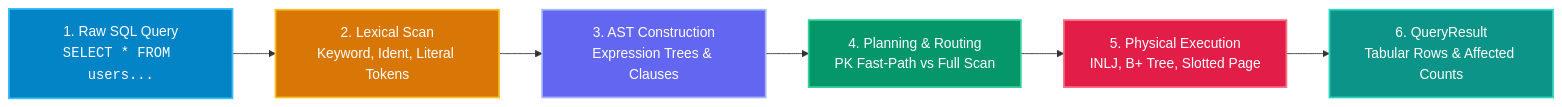
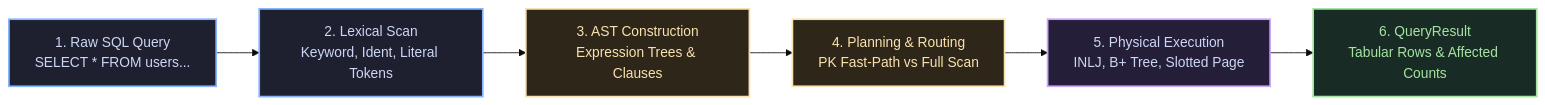
The second of 2 diagrams in docs/concepts/architecture.md (KAAZamapiloT/QUARTZ_DB), drawn with Mermaid before and after one commit. The commit also changed other lines of this file and 18 other files, not shown here.

````diff
--- a/docs/concepts/architecture.md
+++ b/docs/concepts/architecture.md
@@ -79,19 +75,19 @@
 ```mermaid
+%%{init: {'theme': 'base', 'themeVariables': {'edgeLabelBackground': '#1e1e2e', 'tertiaryTextColor': '#cdd6f4'}}}%%
 flowchart LR
-    %% Pipeline Node Styling
-    classDef pInput fill:#0284c7,stroke:#38bdf8,stroke-width:2px,color:#ffffff;
-    classDef pLex fill:#d97706,stroke:#fbbf24,stroke-width:2px,color:#ffffff;
-    classDef pParse fill:#6366f1,stroke:#a5b4fc,stroke-width:2px,color:#ffffff;
-    classDef pPlan fill:#059669,stroke:#34d399,stroke-width:2px,color:#ffffff;
-    classDef pExec fill:#e11d48,stroke:#fb7185,stroke-width:2px,color:#ffffff;
-    classDef pOutput fill:#0d9488,stroke:#2dd4bf,stroke-width:2px,color:#ffffff;
+    classDef entry fill:#1e2030,stroke:#89b4fa,stroke-width:2px,color:#cdd6f4;
+    classDef guard fill:#2e2619,stroke:#f9e2af,stroke-width:2px,color:#f9e2af;
+    classDef success fill:#182c25,stroke:#a6e3a1,stroke-width:2px,color:#a6e3a1;
+    classDef error fill:#331c24,stroke:#f38ba8,stroke-width:2px,color:#f38ba8;
+    classDef disk fill:#241e38,stroke:#cba6f7,stroke-width:2px,color:#cdd6f4;
+    classDef shared fill:#162a35,stroke:#89dceb,stroke-width:2px,color:#cdd6f4;
 
-    Q1["1. Raw SQL Query<br><code>SELECT * FROM users...</code>"]:::pInput
-    Q2["2. Lexical Scan<br>Keyword, Ident, Literal Tokens"]:::pLex
-    Q3["3. AST Construction<br>Expression Trees & Clauses"]:::pParse
-    Q4["4. Planning & Routing<br>PK Fast-Path vs Full Scan"]:::pPlan
-    Q5["5. Physical Execution<br>INLJ, B+ Tree, Slotted Page"]:::pExec
-    Q6["6. QueryResult<br>Tabular Rows & Affected Counts"]:::pOutput
+    Q1["1. Raw SQL Query<br/>SELECT * FROM users..."]:::entry
+    Q2["2. Lexical Scan<br/>Keyword, Ident, Literal Tokens"]:::entry
+    Q3["3. AST Construction<br/>Expression Trees &amp; Clauses"]:::guard
+    Q4["4. Planning &amp; Routing<br/>PK Fast-Path vs Full Scan"]:::guard
+    Q5["5. Physical Execution<br/>INLJ, B+ Tree, Slotted Page"]:::disk
+    Q6["6. QueryResult<br/>Tabular Rows &amp; Affected Counts"]:::success
 
     Q1 --> Q2 --> Q3 --> Q4 --> Q5 --> Q6
 ```
````
